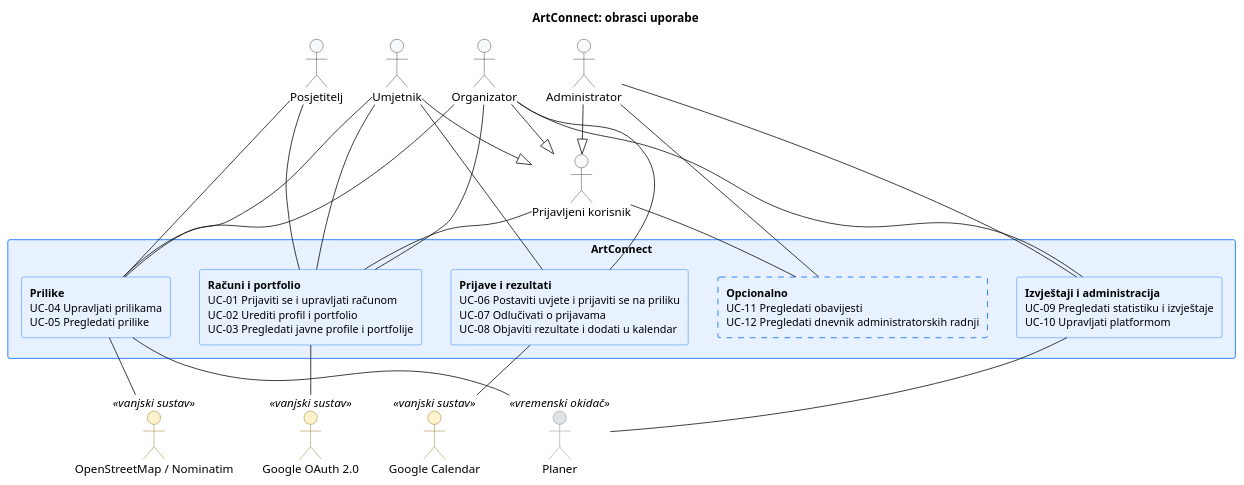
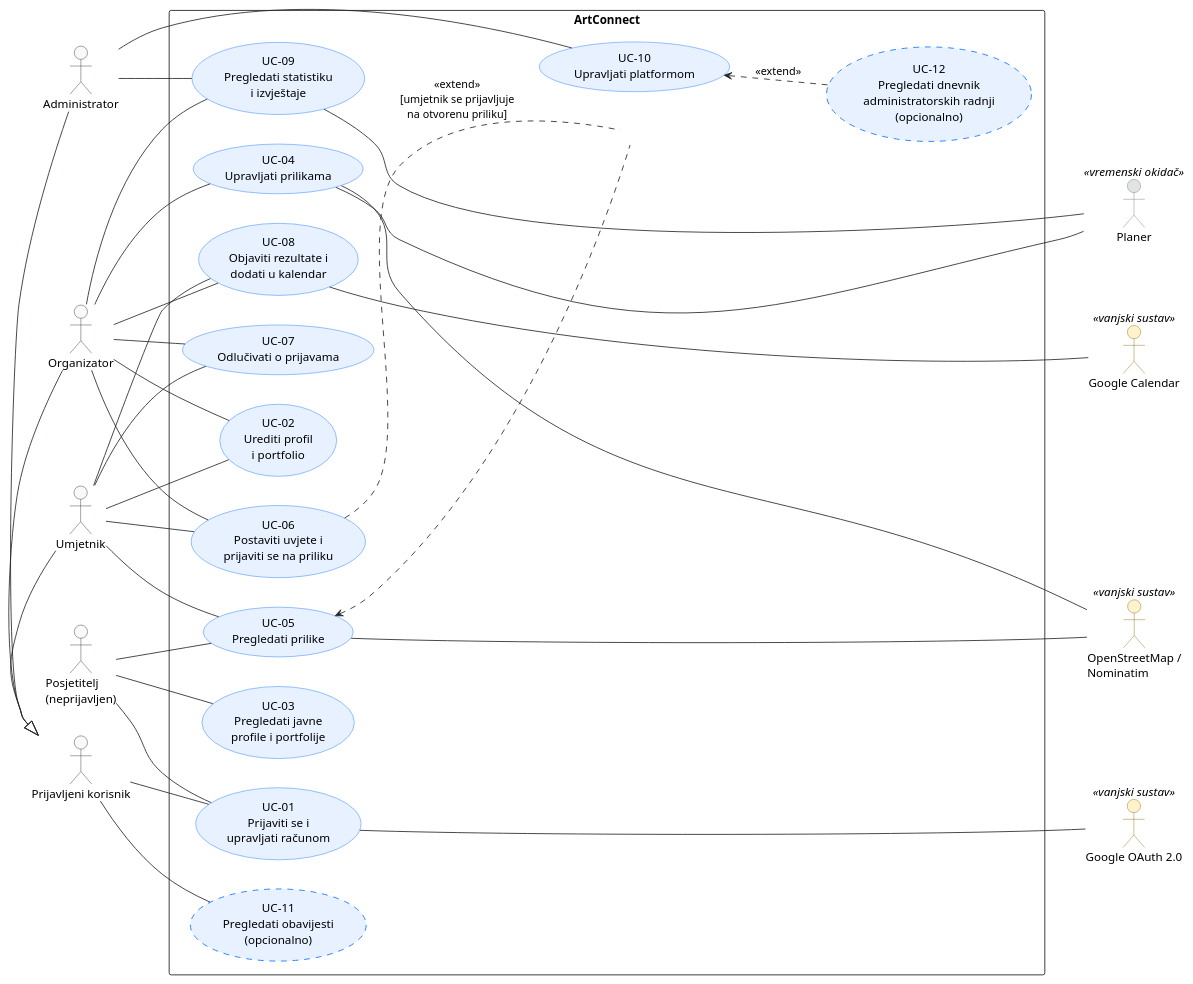
Before and after one commit to LD05-fk/Strumfovi: the diagram in docs/puml/3-1-artconnect-system-UC.puml, drawn with PlantUML. The commit also changed 10 other files, not shown here.

First line of the commit message:
DOC-10-FIX · [Documentation] Dorada dijagrama obrazaca uporabe prema primjedbi asistentice (#392)

```diff
--- a/docs/puml/3-1-artconnect-system-UC.puml
+++ b/docs/puml/3-1-artconnect-system-UC.puml
@@ -1,74 +1,103 @@
 @startuml
-title ArtConnect: obrasci uporabe
-top to bottom direction
+' Dijagram obrazaca uporabe sustava ArtConnect (§3.1).
+' Akteri su lijevo, vanjski sustavi i Planer desno; svaki obrazac (UC-01 … UC-12)
+' pojavljuje se jednom, a njegova specifikacija je u §3.2.
+'
+' Napomena o slici: veza UC-06 <<extend>> UC-05 ovdje prolazi kroz nevidljivu
+' točku "Pregib" kako bi PlantUML vezu nacrtao s desne strane obrazaca. PlantUML
+' tu točku smješta visoko, pa je u generiranom SVG-u
+' (docs/assets/diagrams/3-1-artconnect-system-UC.svg) put te jedne veze ručno
+' zamijenjen kratkim lukom između desnih rubova UC-06 i UC-05, a natpis je
+' premješten uz luk. Značenje veze je isto. Nakon ponovnog generiranja SVG-a
+' iz ove datoteke luk treba ponovno urediti ili prihvatiti put koji nacrta PlantUML.
+left to right direction
 skinparam shadowing false
 skinparam defaultFontName Arial
-
 skinparam actor {
     BackgroundColor #F8F9FA
     BorderColor #212529
     BackgroundColor<<vanjski sustav>> #FFF3CD
     BorderColor<<vanjski sustav>> #856404
     BackgroundColor<<vremenski okidač>> #E2E3E5
     BorderColor<<vremenski okidač>> #6C757D
 }
-
-skinparam rectangle {
+skinparam usecase {
     BackgroundColor #E7F1FF
     BorderColor #0D6EFD
-    FontSize 13
+    ArrowColor #212529
+}
+' Ljudski akteri (lijevo)
+actor "Posjetitelj\n(neprijavljen)" as Posjetitelj
+actor "Prijavljeni korisnik" as Prijavljeni
+actor "Umjetnik" as Umjetnik
+actor "Organizator" as Organizator
+actor "Administrator" as Administrator
+
+' Vanjski sustavi (desno)
+actor "Google OAuth 2.0" as Google <<vanjski sustav>>
+actor "OpenStreetMap /\nNominatim" as OSM <<vanjski sustav>>
+actor "Google Calendar" as Calendar <<vanjski sustav>>
+actor "Planer" as Planer <<vremenski okidač>>
+
+rectangle "ArtConnect" {
+    usecase "UC-01\nPrijaviti se i\nupravljati računom" as UC01
+    usecase "UC-03\nPregledati javne\nprofile i portfolije" as UC03
+    usecase "UC-05\nPregledati prilike" as UC05
+    usecase "UC-11\nPregledati obavijesti\n(opcionalno)" as UC11 #line.dashed
+    usecase "UC-02\nUrediti profil\ni portfolio" as UC02
+    usecase "UC-06\nPostaviti uvjete i\nprijaviti se na priliku" as UC06
+    usecase "UC-07\nOdlučivati o prijavama" as UC07
+    usecase "UC-08\nObjaviti rezultate i\ndodati u kalendar" as UC08
+    usecase "UC-04\nUpravljati prilikama" as UC04
+    usecase "UC-09\nPregledati statistiku\ni izvještaje" as UC09
+    usecase "UC-10\nUpravljati platformom" as UC10
+    ' Nevidljiva točka, služi samo za raspored (vidi napomenu na vrhu)
+    usecase " " as Pregib #transparent;line:transparent
+    usecase "UC-12\nPregledati dnevnik\nadministratorskih radnji\n(opcionalno)" as UC12 #line.dashed
 }
 
-together {
-  actor "Posjetitelj" as Posjetitelj
-  actor "Umjetnik" as Umjetnik
-  actor "Organizator" as Organizator
-  actor "Administrator" as Administrator
-}
+' Generalizacija (isti stupac)
+Umjetnik -|> Prijavljeni
+Organizator -|> Prijavljeni
+Administrator -|> Prijavljeni
 
-actor "Prijavljeni korisnik" as Prijavljeni
+' Akteri i obrasci
+Posjetitelj -- UC01
+Posjetitelj -- UC03
+Posjetitelj -- UC05
+Prijavljeni -- UC01
+Prijavljeni -- UC11
+Umjetnik -- UC02
+Umjetnik -- UC05
+Umjetnik -- UC06
+Umjetnik -- UC07
+Umjetnik -- UC08
+Organizator -- UC02
+Organizator -- UC04
+Organizator -- UC06
+Organizator -- UC07
+Organizator -- UC08
+Organizator -- UC09
+Administrator -- UC09
+Administrator -- UC10
 
-Umjetnik --|> Prijavljeni
-Organizator --|> Prijavljeni
-Administrator --|> Prijavljeni
+' Veze između obrazaca
+UC06 .. Pregib : <<extend>>\n[umjetnik se prijavljuje\nna otvorenu priliku]
+UC05 <.. Pregib
+UC10 <.. UC12 : <<extend>>
 
-together {
-  actor "Google OAuth 2.0" as GoogleOAuth <<vanjski sustav>>
-  actor "Google Calendar" as GoogleCalendar <<vanjski sustav>>
-  actor "OpenStreetMap / Nominatim" as OSM <<vanjski sustav>>
-  actor "Planer" as Planer <<vremenski okidač>>
-}
+' Vanjski sustavi
+UC01 -- Google
+UC05 -- OSM
+UC04 -- OSM
+UC08 -- Calendar
+UC04 -- Planer
+UC09 -- Planer
 
-rectangle "ArtConnect" {
-  rectangle "**Računi i portfolio**\nUC-01 Prijaviti se i upravljati računom\nUC-02 Urediti profil i portfolio\nUC-03 Pregledati javne profile i portfolije" as Racuni
-  rectangle "**Prilike**\nUC-04 Upravljati prilikama\nUC-05 Pregledati prilike" as Prilike
-  rectangle "**Prijave i rezultati**\nUC-06 Postaviti uvjete i prijaviti se na priliku\nUC-07 Odlučivati o prijavama\nUC-08 Objaviti rezultate i dodati u kalendar" as Prijave
-  rectangle "**Izvještaji i administracija**\nUC-09 Pregledati statistiku i izvještaje\nUC-10 Upravljati platformom" as Izvjestaji
-  rectangle "**Opcionalno**\nUC-11 Pregledati obavijesti\nUC-12 Pregledati dnevnik administratorskih radnji" as Opcionalno #line.dashed
-}
-
-Posjetitelj -- Racuni
-Posjetitelj -- Prilike
-
-Prijavljeni -- Racuni
-Prijavljeni -- Opcionalno
-
-Umjetnik -- Racuni
-Umjetnik -- Prijave
-Umjetnik -- Prilike
-
-Organizator -- Racuni
-Organizator -- Prilike
-Organizator -- Prijave
-Organizator -- Izvjestaji
-
-Administrator -- Izvjestaji
-Administrator -- Opcionalno
-
-Racuni -- GoogleOAuth
-Prijave -- GoogleCalendar
-Prilike -- OSM
-Prilike -- Planer
-Izvjestaji -- Planer
-
+' Samo za raspored: vanjski sustavi skroz desno
+UC01 -[hidden]--- Google
+UC05 -[hidden]--- OSM
+UC08 -[hidden]--- Calendar
+UC09 -[hidden]--- Planer
+Pregib -[hidden]- UC12
 @enduml
```
